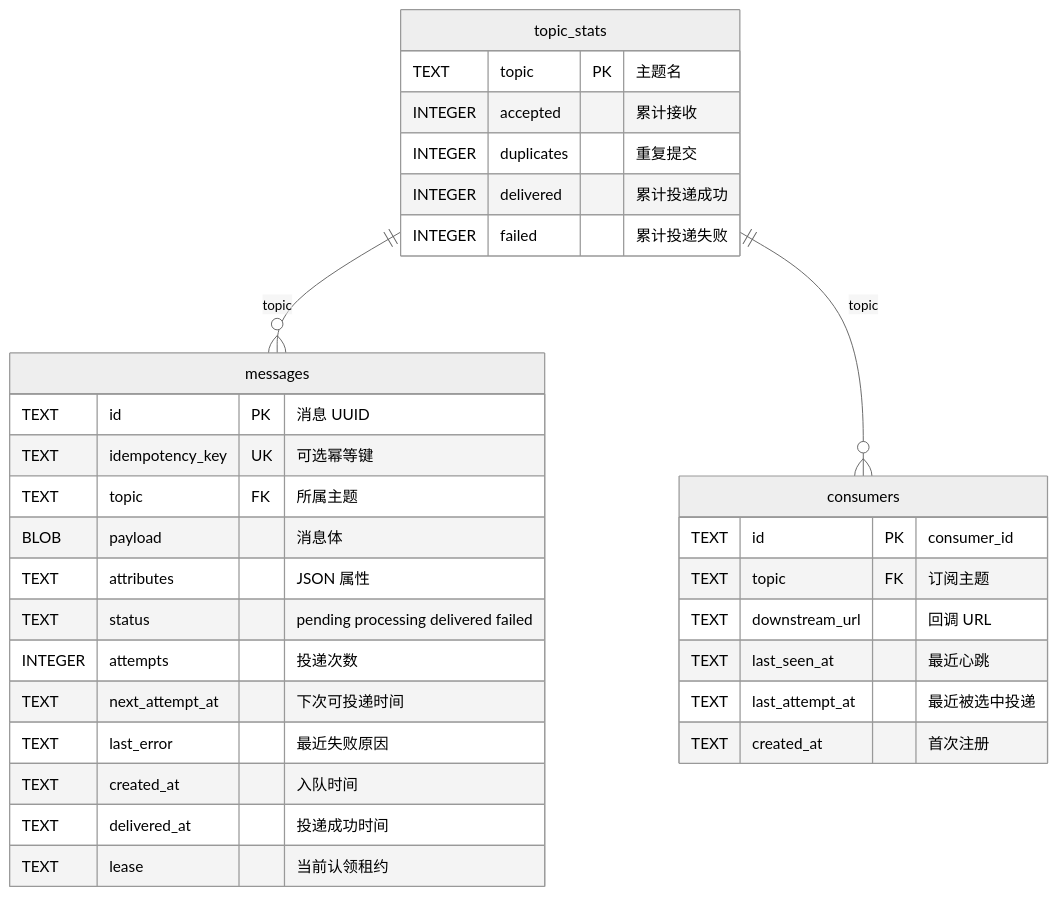
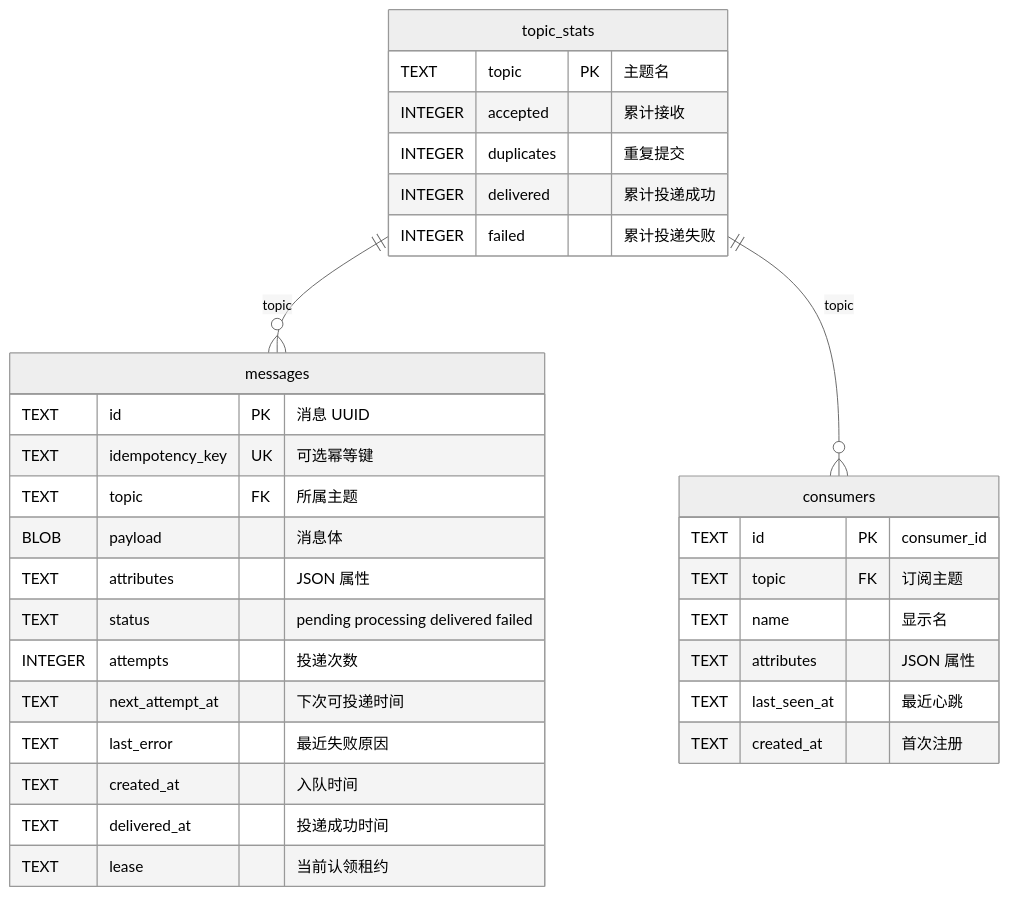
Before and after one commit to zhangjianshe/cangling-broker: the diagram in README.md, drawn with Mermaid (neutral theme). The commit also changed other lines of this file and 20 other files, not shown here.

````diff
--- a/README.md
+++ b/README.md
@@ -211,37 +190,37 @@
 ```mermaid
 erDiagram
     topic_stats ||--o{ messages : "topic"
     topic_stats ||--o{ consumers : "topic"
 
     topic_stats {
         TEXT topic PK "主题名"
         INTEGER accepted "累计接收"
         INTEGER duplicates "重复提交"
         INTEGER delivered "累计投递成功"
         INTEGER failed "累计投递失败"
     }
 
     messages {
         TEXT id PK "消息 UUID"
         TEXT idempotency_key UK "可选幂等键"
         TEXT topic FK "所属主题"
         BLOB payload "消息体"
         TEXT attributes "JSON 属性"
         TEXT status "pending processing delivered failed"
         INTEGER attempts "投递次数"
         TEXT next_attempt_at "下次可投递时间"
         TEXT last_error "最近失败原因"
         TEXT created_at "入队时间"
         TEXT delivered_at "投递成功时间"
         TEXT lease "当前认领租约"
     }
 
     consumers {
         TEXT id PK "consumer_id"
         TEXT topic FK "订阅主题"
-        TEXT downstream_url "回调 URL"
+        TEXT name "显示名"
+        TEXT attributes "JSON 属性"
         TEXT last_seen_at "最近心跳"
-        TEXT last_attempt_at "最近被选中投递"
         TEXT created_at "首次注册"
     }
 ```
````
